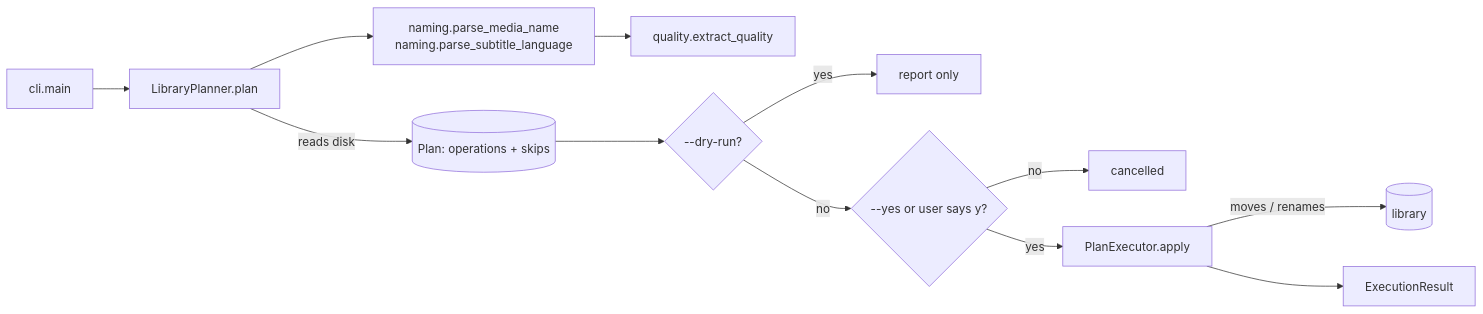
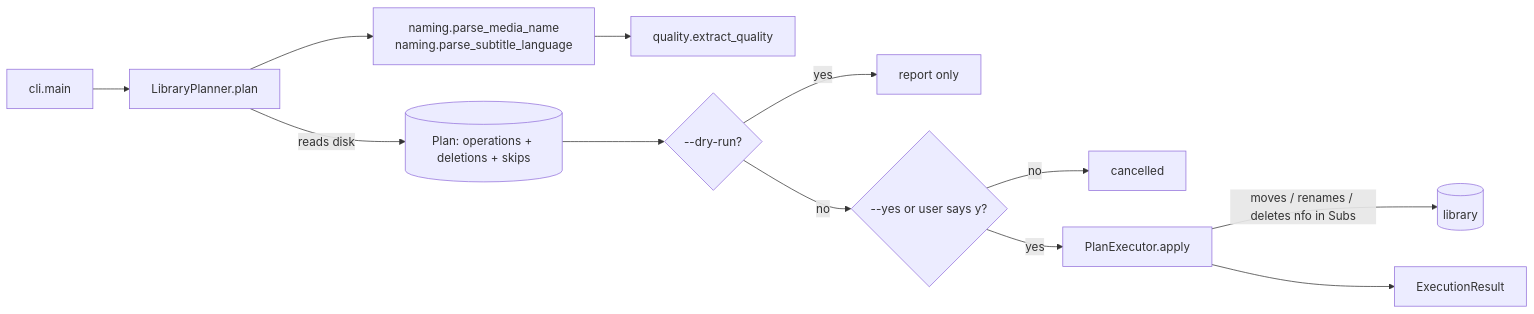
The diagram in docs/architecture.md (Pierrafrom/organize-films), drawn with Mermaid before and after one commit. The commit also changed other lines of this file and 11 other files, not shown here.

First line of the commit message:
feat: keep nfo next to the video, delete scraped Subs nfo, Extras convention

````diff
--- a/docs/architecture.md
+++ b/docs/architecture.md
@@ -11,14 +11,14 @@
 ```mermaid
 flowchart LR
     CLI[cli.main] --> Planner[LibraryPlanner.plan]
-    Planner -->|reads disk| Plan[(Plan: operations + skips)]
+    Planner -->|reads disk| Plan[(Plan: operations + deletions + skips)]
     Planner --> Naming[naming.parse_media_name<br/>naming.parse_subtitle_language]
     Naming --> Quality[quality.extract_quality]
     Plan --> Report{--dry-run?}
     Report -->|yes| Done[report only]
     Report -->|no| Confirm{--yes or user says y?}
     Confirm -->|no| Cancel[cancelled]
     Confirm -->|yes| Executor[PlanExecutor.apply]
-    Executor -->|moves / renames| Disk[(library)]
+    Executor -->|moves / renames / deletes nfo in Subs| Disk[(library)]
     Executor --> Result[ExecutionResult]
 ```
````
